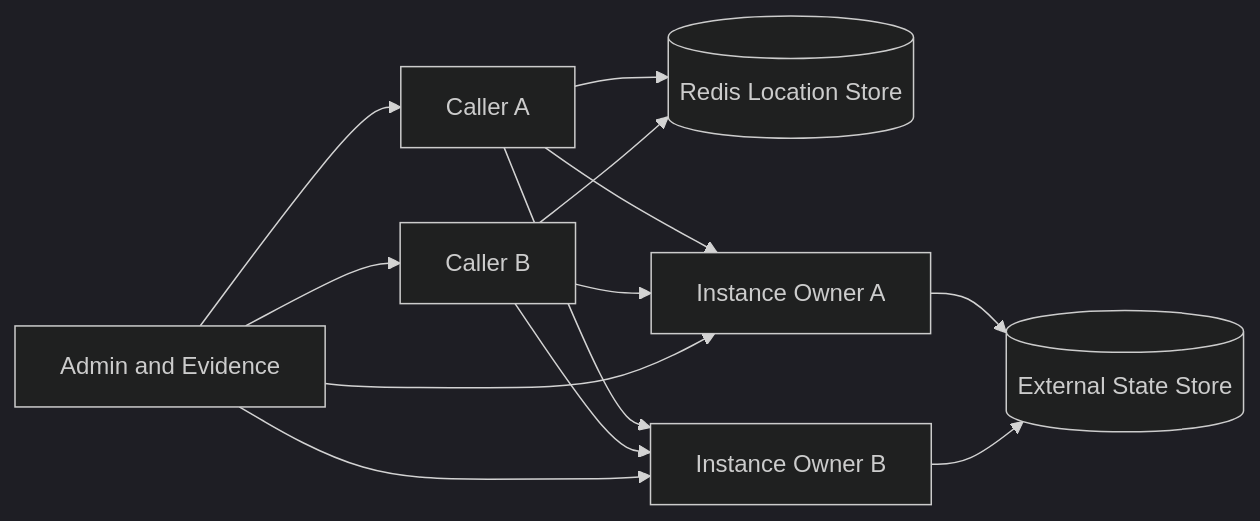
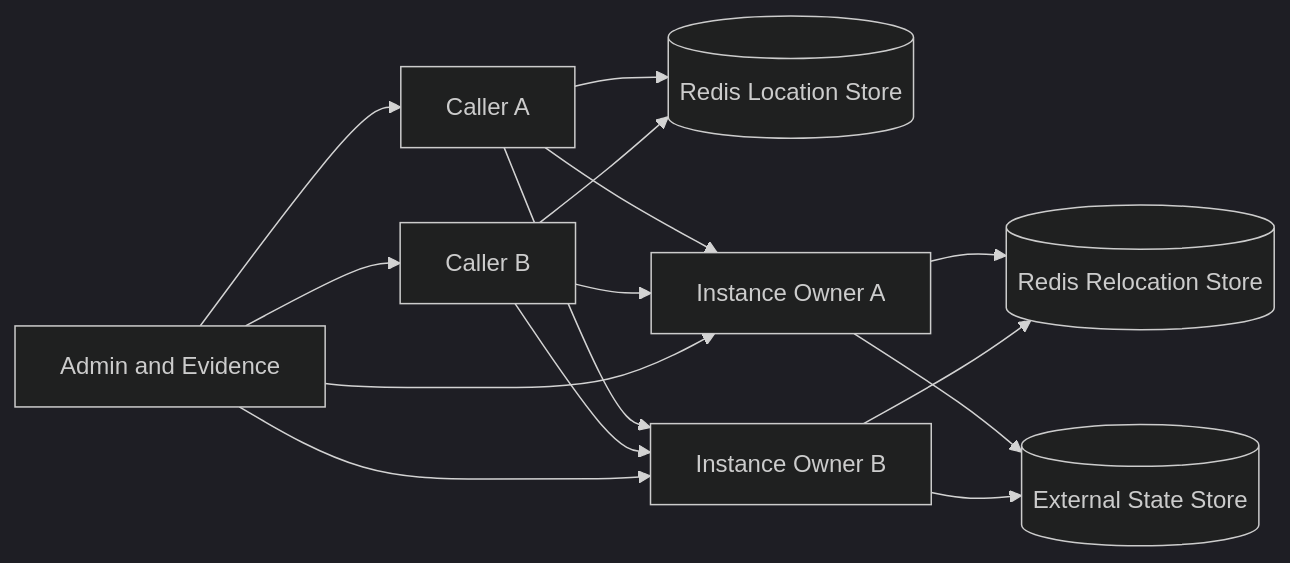
One commit to kairos-code-dev/zlink changed the diagram in framework/doc/framework/common/e2e/config-14-instance-spot.ko.md. Above: the diagram before and after it, drawn with Mermaid (dark theme). The commit also changed other lines of this file and 133 other files, not shown here.

````diff
--- a/framework/doc/framework/common/e2e/config-14-instance-spot.ko.md
+++ b/framework/doc/framework/common/e2e/config-14-instance-spot.ko.md
@@ -51,15 +54,17 @@
 ```mermaid
 flowchart LR
-    C1[Caller A] --> R[(Redis Location Store)]
-    C2[Caller B] --> R
+    C1[Caller A] --> L[(Redis Location Store)]
+    C2[Caller B] --> L
     C1 --> O1[Instance Owner A]
     C1 --> O2[Instance Owner B]
     C2 --> O1
     C2 --> O2
+    O1 --> T[(Redis Relocation Store)]
+    O2 --> T
     O1 --> S[(External State Store)]
     O2 --> S
     A[Admin and Evidence] --> C1
     A --> C2
     A --> O1
     A --> O2
 ```
````
